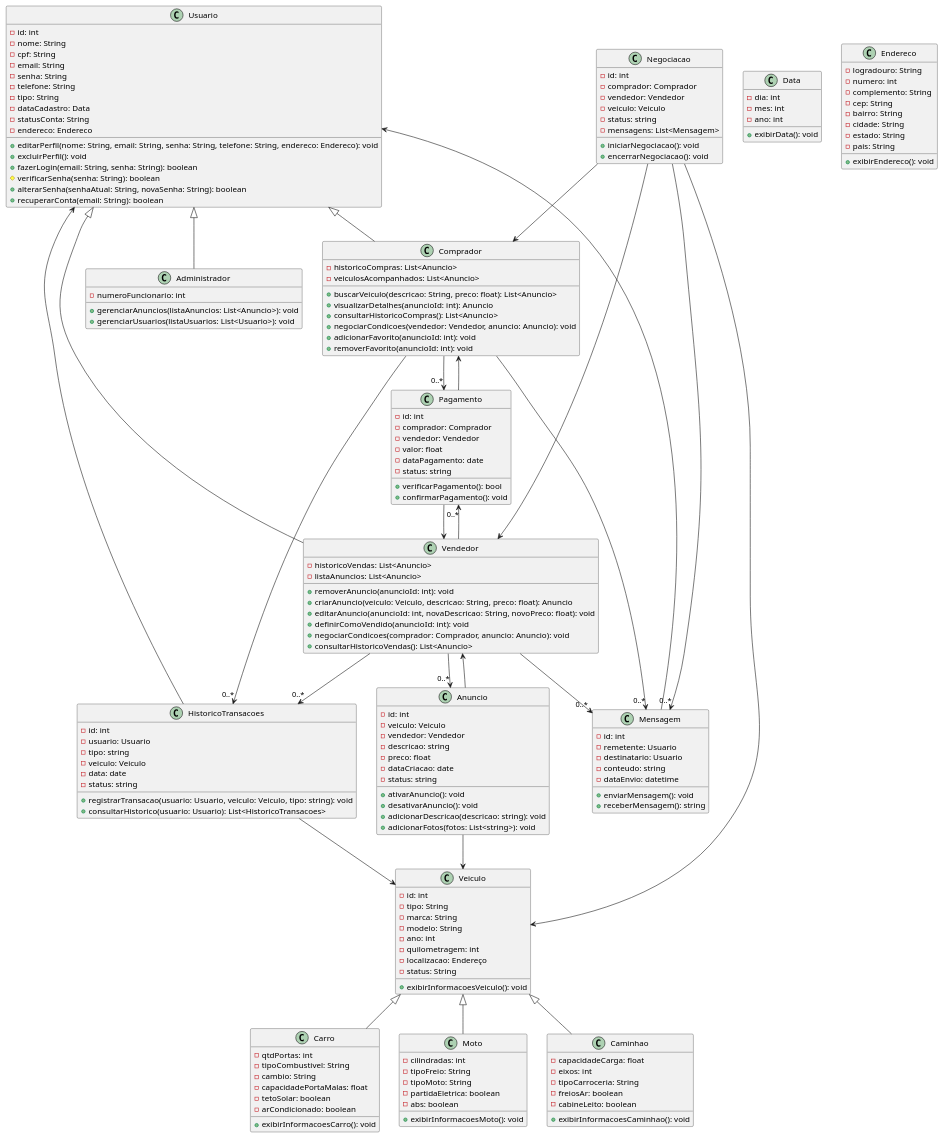
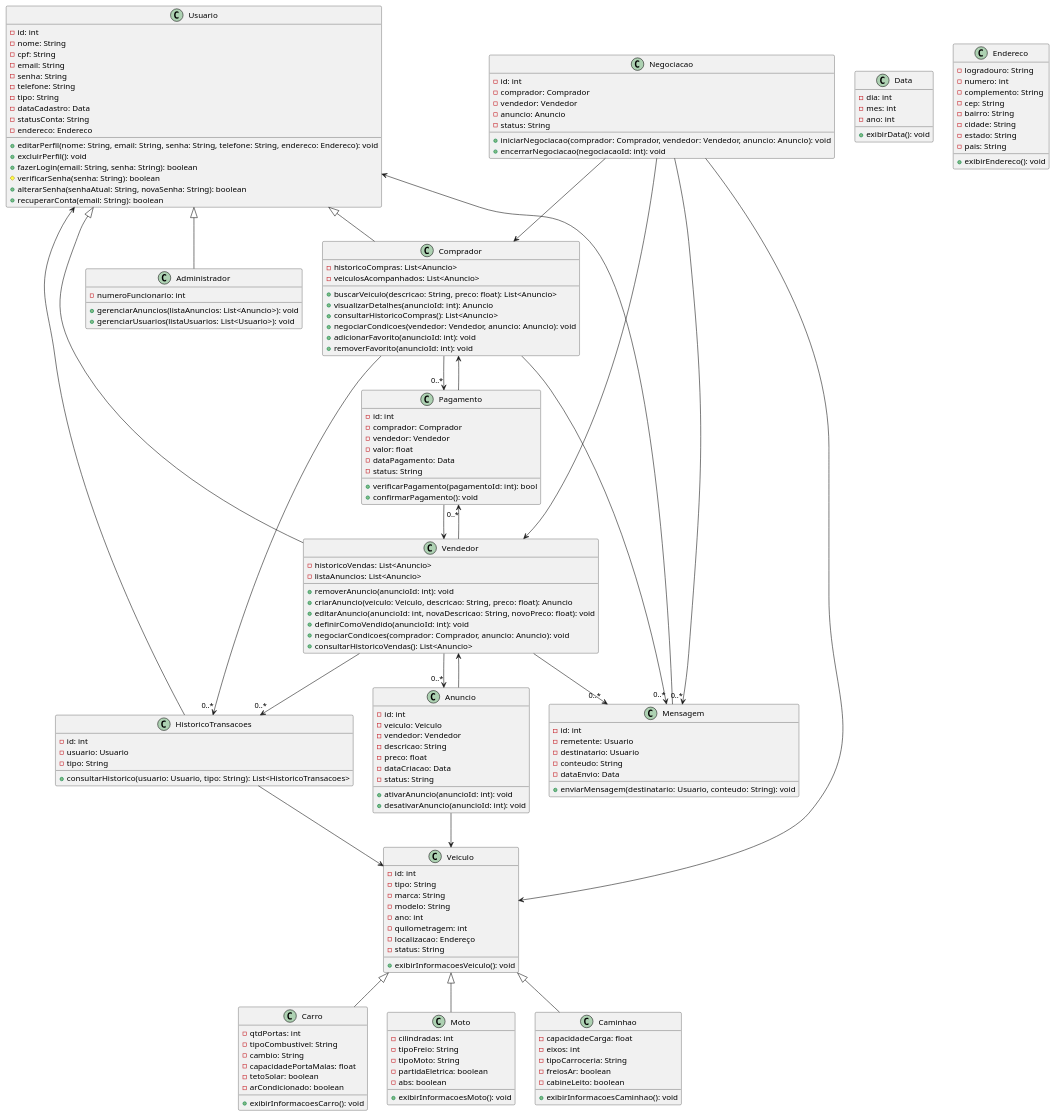
Before and after one commit to guilhermeoliveirateo/sistema-compra-venda-veiculos: the diagram in classes.md, drawn with PlantUML.

```diff
--- a/classes.md
+++ b/classes.md
@@ -112,64 +112,59 @@
 Veiculo <|-- Moto
 Veiculo <|-- Caminhao
 
-class Anuncio {
+class Anuncio{
 -id: int
 -veiculo: Veiculo
 -vendedor: Vendedor
--descricao: string
+-descricao: String
 -preco: float
--dataCriacao: date
--status: string
-+ativarAnuncio(): void
-+desativarAnuncio(): void
-+adicionarDescricao(descricao: string): void
-+adicionarFotos(fotos: List<string>): void
+-dataCriacao: Data
+-status: String
 
++ativarAnuncio(anuncioId: int): void
++desativarAnuncio(anuncioId: int): void
 }
 
-class Pagamento {
-    - id: int
-    - comprador: Comprador
-    - vendedor: Vendedor
-    - valor: float
-    - dataPagamento: date
-    - status: string
-    + verificarPagamento(): bool
-    + confirmarPagamento(): void
+class Pagamento{
+-id: int
+-comprador: Comprador
+-vendedor: Vendedor
+-valor: float
+-dataPagamento: Data
+-status: String
+
++verificarPagamento(pagamentoId: int): bool
++confirmarPagamento(): void
 }
 
-class HistoricoTransacoes {
-    - id: int
-    - usuario: Usuario
-    - tipo: string
-    - veiculo: Veiculo
-    - data: date
-    - status: string
-    + registrarTransacao(usuario: Usuario, veiculo: Veiculo, tipo: string): void
-    + consultarHistorico(usuario: Usuario): List<HistoricoTransacoes>
+class HistoricoTransacoes{
+-id: int
+-usuario: Usuario
+-tipo: String
+
++consultarHistorico(usuario: Usuario, tipo: String): List<HistoricoTransacoes>
 }
 
-class Mensagem {
-    - id: int
-    - remetente: Usuario
-    - destinatario: Usuario
-    - conteudo: string
-    - dataEnvio: datetime
-    + enviarMensagem(): void
-    + receberMensagem(): string
+class Mensagem{
+-id: int
+-remetente: Usuario
+-destinatario: Usuario
+-conteudo: String
+-dataEnvio: Data
+
++enviarMensagem(destinatario: Usuario, conteudo: String): void
 }
 
-class Negociacao {
-    - id: int
-    - comprador: Comprador
-    - vendedor: Vendedor
-    - veiculo: Veiculo
-    - status: string
-    - mensagens: List<Mensagem>
-    + iniciarNegociacao(): void
-    + encerrarNegociacao(): void
+class Negociacao{
+-id: int
+-comprador: Comprador
+-vendedor: Vendedor
+-anuncio: Anuncio
+-status: String
+
++iniciarNegociacao(comprador: Comprador, vendedor: Vendedor, anuncio: Anuncio): void
++encerrarNegociacao(negociacaoId: int): void
 }
-
 
 class Data{
 -dia: int
```
